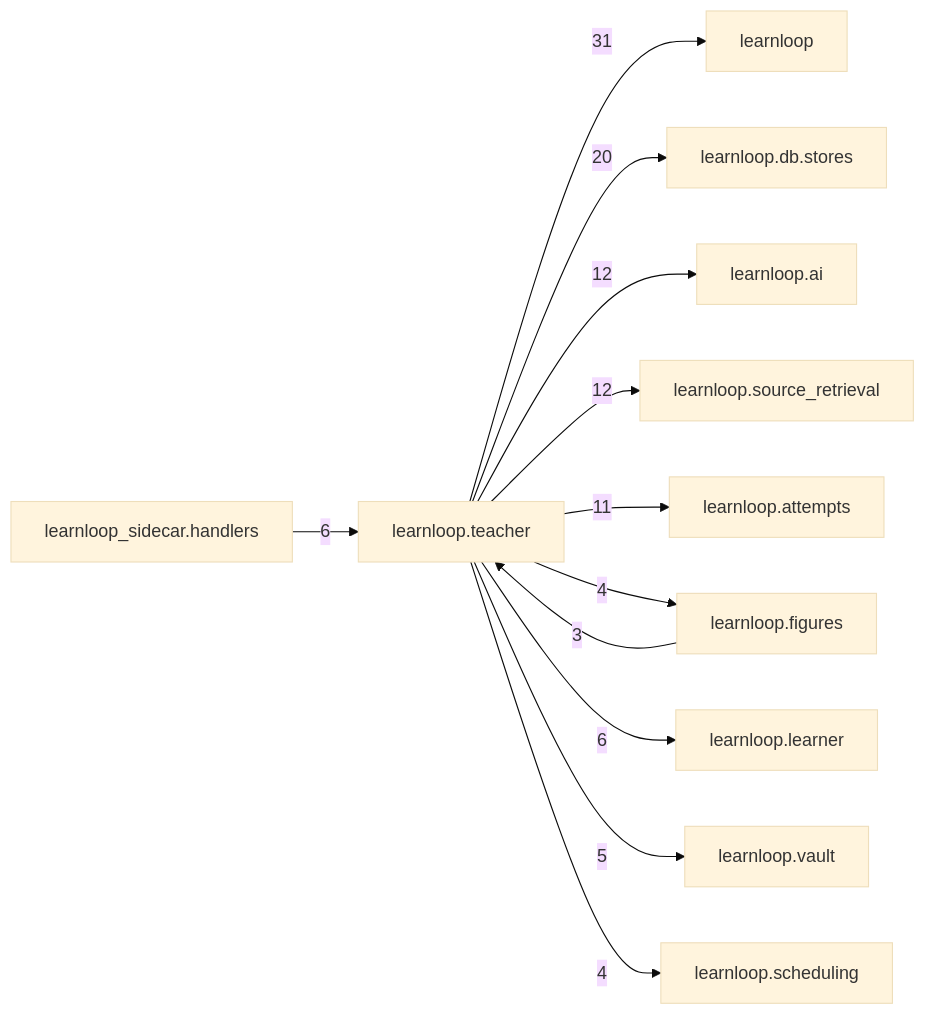
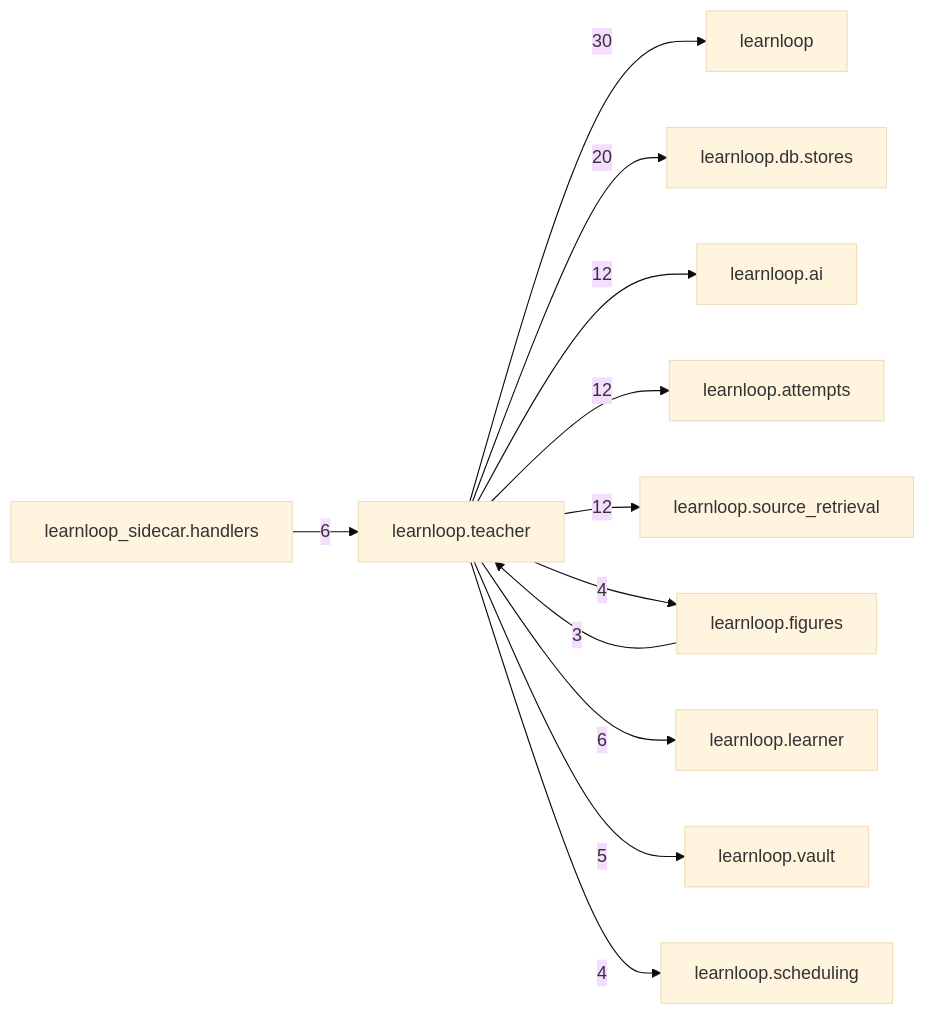
The diagram in docs/learnloop-architecture-vault/Reference/Modules/learnloop/teacher/_package.md (6up-b/learnanything), drawn with Mermaid (base theme) before and after one commit. The commit also changed other lines of this file and 50 other files, not shown here.

````diff
--- a/docs/learnloop-architecture-vault/Reference/Modules/learnloop/teacher/_package.md
+++ b/docs/learnloop-architecture-vault/Reference/Modules/learnloop/teacher/_package.md
@@ -130,25 +130,25 @@
 ```mermaid
 flowchart LR
     center["learnloop.teacher"]
     n_learnloop["learnloop"]
     n_learnloop_db_stores["learnloop.db.stores"]
     n_learnloop_ai["learnloop.ai"]
+    n_learnloop_attempts["learnloop.attempts"]
     n_learnloop_source_retrieval["learnloop.source_retrieval"]
-    n_learnloop_attempts["learnloop.attempts"]
     n_learnloop_figures["learnloop.figures"]
     n_learnloop_learner["learnloop.learner"]
     n_learnloop_sidecar_handlers["learnloop_sidecar.handlers"]
     n_learnloop_vault["learnloop.vault"]
     n_learnloop_scheduling["learnloop.scheduling"]
-    center -->|31| n_learnloop
+    center -->|30| n_learnloop
     center -->|20| n_learnloop_db_stores
     center -->|12| n_learnloop_ai
+    center -->|12| n_learnloop_attempts
     center -->|12| n_learnloop_source_retrieval
-    center -->|11| n_learnloop_attempts
     n_learnloop_figures -->|3| center
     center -->|4| n_learnloop_figures
     center -->|6| n_learnloop_learner
     n_learnloop_sidecar_handlers -->|6| center
     center -->|5| n_learnloop_vault
     center -->|4| n_learnloop_scheduling
 ```
````
